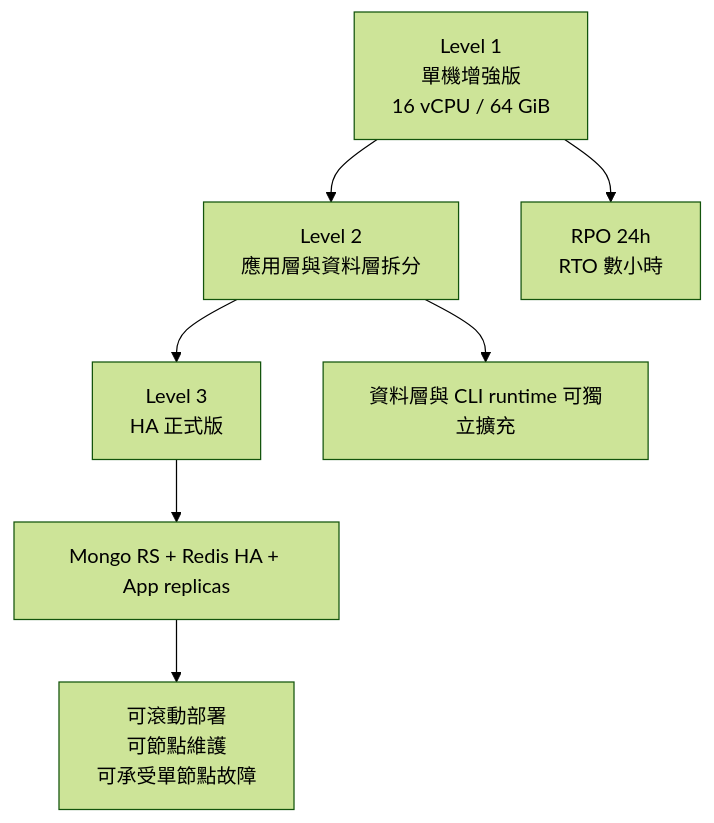
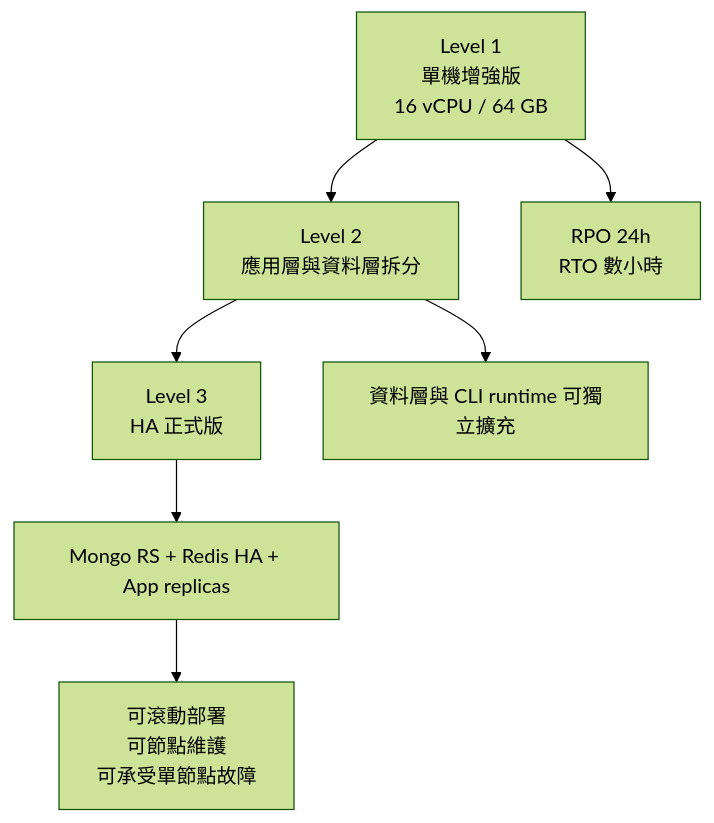
Before and after one commit to chunkai1312/temp: diagram 11 of 17 in production-resource-architecture-proposal.md, drawn with Mermaid (forest theme). The commit also changed other lines of this file, not shown here.

````diff
--- a/production-resource-architecture-proposal.md
+++ b/production-resource-architecture-proposal.md
@@ -457,11 +457,11 @@
 ```mermaid
 flowchart TB
-  T1["Level 1\n單機增強版\n16 vCPU / 64 GiB"] --> T2["Level 2\n應用層與資料層拆分"]
+  T1["Level 1\n單機增強版\n16 vCPU / 64 GB"] --> T2["Level 2\n應用層與資料層拆分"]
   T2 --> T3["Level 3\nHA 正式版"]
 
   T1 --> L1A["RPO 24h\nRTO 數小時"]
   T2 --> L2A["資料層與 CLI runtime 可獨立擴充"]
   T3 --> L3A["Mongo RS + Redis HA + App replicas"]
 
   L3A --> OPS["可滾動部署\n可節點維護\n可承受單節點故障"]
 ```
````
